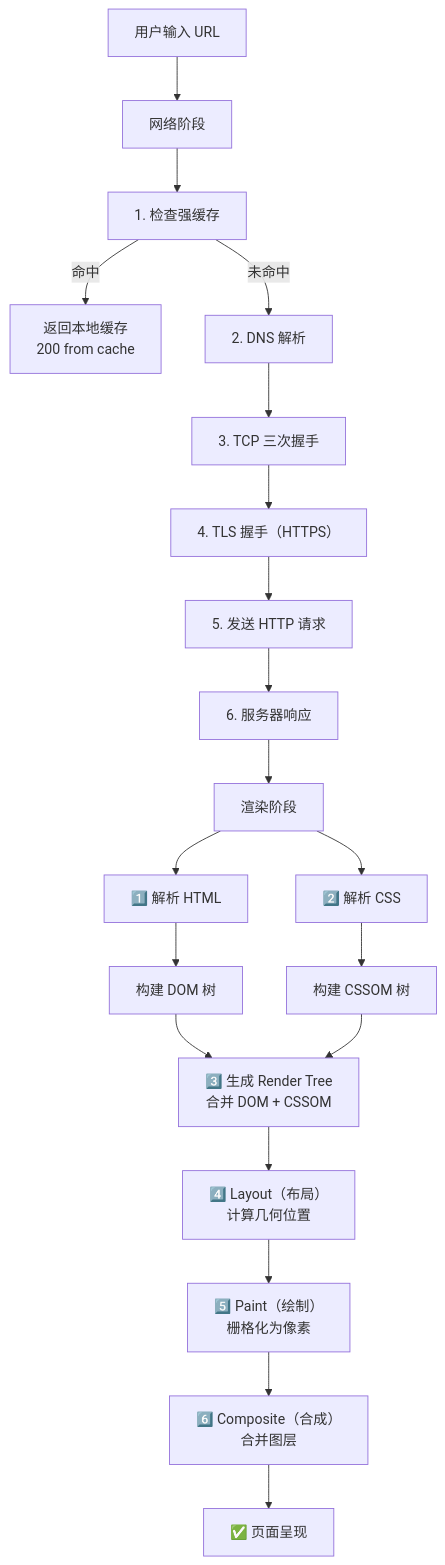
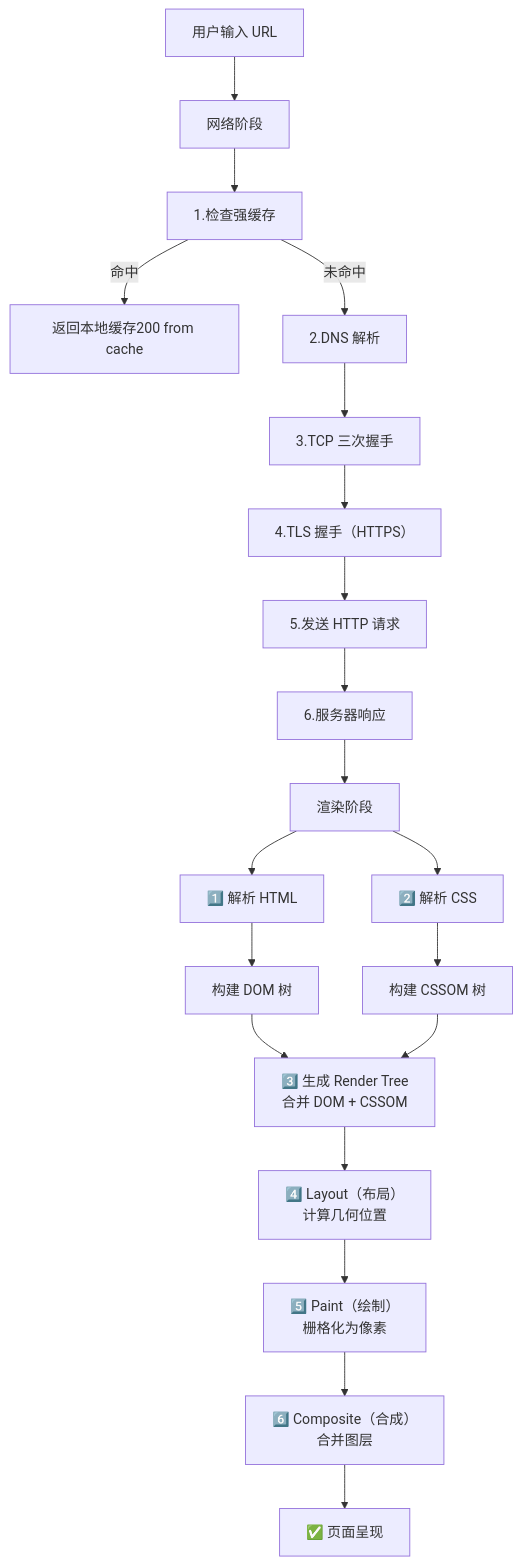
One commit to KMaybe01/common changed the sixth of 15 diagrams in 12-前端面试题库.md. Above: the diagram before and after it, drawn with Mermaid. The commit also changed 3 other files, not shown here.

````diff
--- a/12-前端面试题库.md
+++ b/12-前端面试题库.md
@@ -897,31 +897,31 @@
 ```mermaid
 graph TD
     A["用户输入 URL"] --> B["网络阶段"]
     
-    B --> B1["1. 检查强缓存"]
-    B1 -->|命中| B1a["返回本地缓存<br/>200 from cache"]
+    B --> B1["1.检查强缓存"]
+    B1 -->|命中| B1a["返回本地缓存200 from cache"]
     B1 -->|未命中| B2
     
-    B2["2. DNS 解析"]
-    B2 --> B3["3. TCP 三次握手"]
-    B3 --> B4["4. TLS 握手（HTTPS）"]
-    B4 --> B5["5. 发送 HTTP 请求"]
-    B5 --> B6["6. 服务器响应"]
+    B2["2.DNS 解析"]
+    B2 --> B3["3.TCP 三次握手"]
+    B3 --> B4["4.TLS 握手（HTTPS）"]
+    B4 --> B5["5.发送 HTTP 请求"]
+    B5 --> B6["6.服务器响应"]
     
     B6 --> C["渲染阶段"]
     
     C --> C1["1️⃣ 解析 HTML"]
     C1 --> D["构建 DOM 树"]
     
     C --> C2["2️⃣ 解析 CSS"]
     C2 --> E["构建 CSSOM 树"]
     
     D --> F["3️⃣ 生成 Render Tree<br/>合并 DOM + CSSOM"]
     E --> F
     
     F --> G["4️⃣ Layout（布局）<br/>计算几何位置"]
     G --> H["5️⃣ Paint（绘制）<br/>栅格化为像素"]
     H --> I["6️⃣ Composite（合成）<br/>合并图层"]
     
     I --> J["✅ 页面呈现"]
 ```
````
